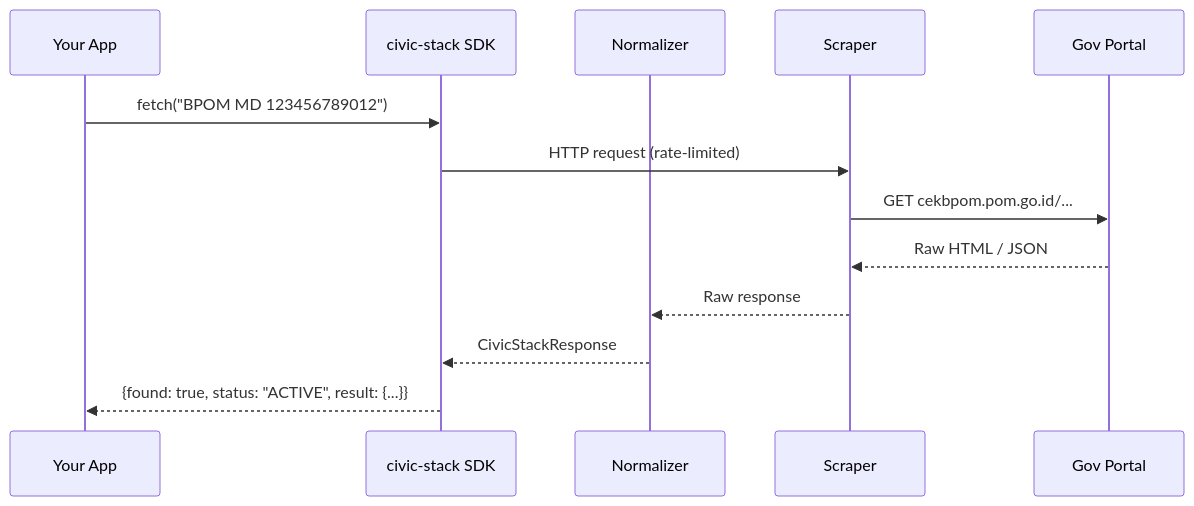
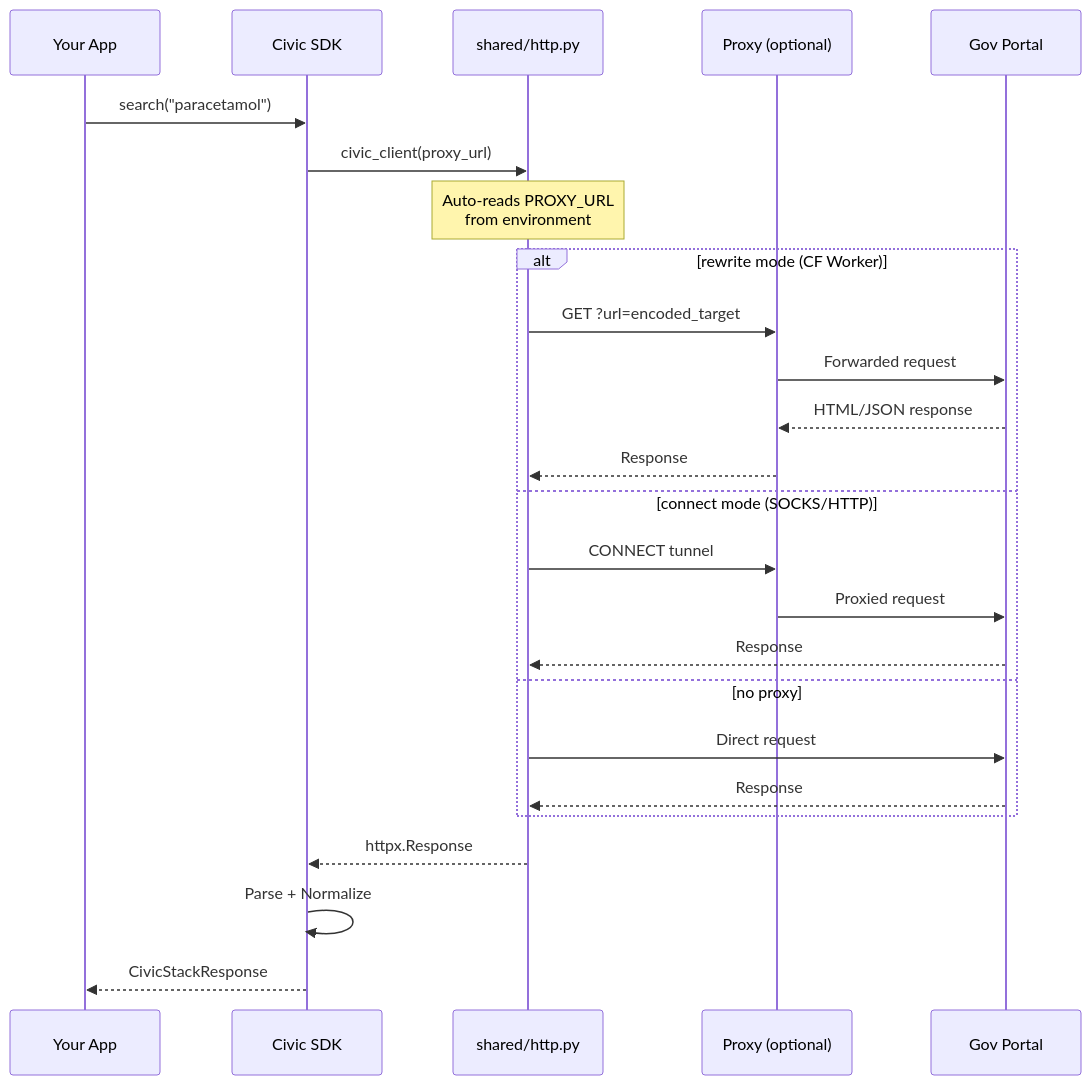
Before and after one commit to suryast/indonesia-civic-stack: the second of 3 diagrams in README.md, drawn with Mermaid. The commit also changed other lines of this file, not shown here.

First line of the commit message:
docs: comprehensive README rewrite with all findings from live testing

````diff
--- a/README.md
+++ b/README.md
@@ -91,16 +93,28 @@
 ```mermaid
 sequenceDiagram
     participant App as Your App
-    participant SDK as civic-stack SDK
-    participant Norm as Normalizer
-    participant Scraper as Scraper
+    participant SDK as Civic SDK
+    participant HTTP as shared/http.py
+    participant Proxy as Proxy (optional)
     participant Portal as Gov Portal
 
-    App->>SDK: fetch("BPOM MD 123456789012")
-    SDK->>Scraper: HTTP request (rate-limited)
-    Scraper->>Portal: GET cekbpom.pom.go.id/...
-    Portal-->>Scraper: Raw HTML / JSON
-    Scraper-->>Norm: Raw response
-    Norm-->>SDK: CivicStackResponse
-    SDK-->>App: {found: true, status: "ACTIVE", result: {...}}
+    App->>SDK: search("paracetamol")
+    SDK->>HTTP: civic_client(proxy_url)
+    Note over HTTP: Auto-reads PROXY_URL<br/>from environment
+    alt rewrite mode (CF Worker)
+        HTTP->>Proxy: GET ?url=encoded_target
+        Proxy->>Portal: Forwarded request
+        Portal-->>Proxy: HTML/JSON response
+        Proxy-->>HTTP: Response
+    else connect mode (SOCKS/HTTP)
+        HTTP->>Proxy: CONNECT tunnel
+        Proxy->>Portal: Proxied request
+        Portal-->>HTTP: Response
+    else no proxy
+        HTTP->>Portal: Direct request
+        Portal-->>HTTP: Response
+    end
+    HTTP-->>SDK: httpx.Response
+    SDK->>SDK: Parse + Normalize
+    SDK-->>App: CivicStackResponse
 ```
````
